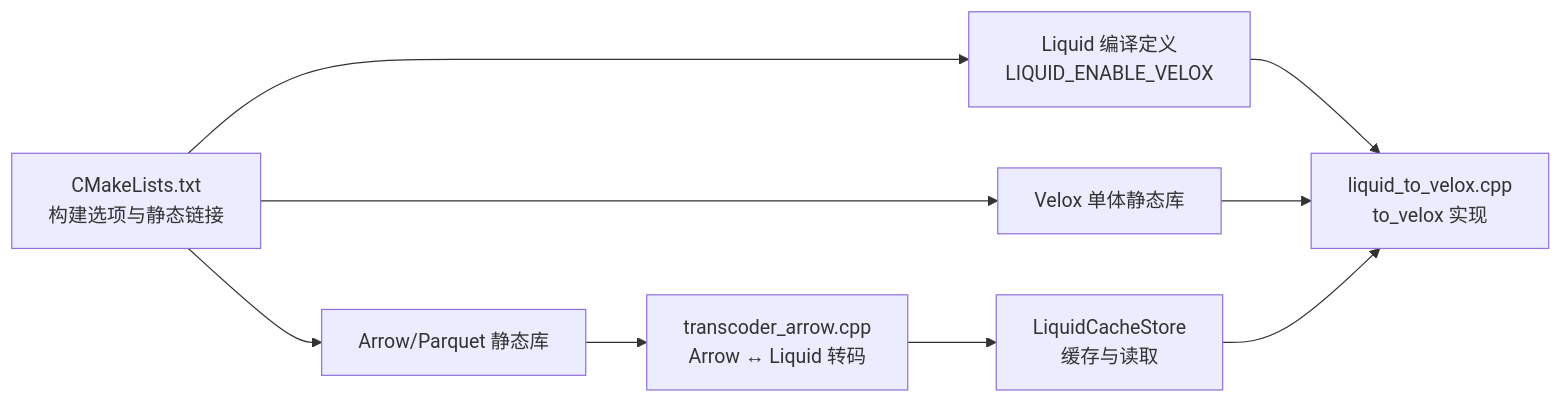
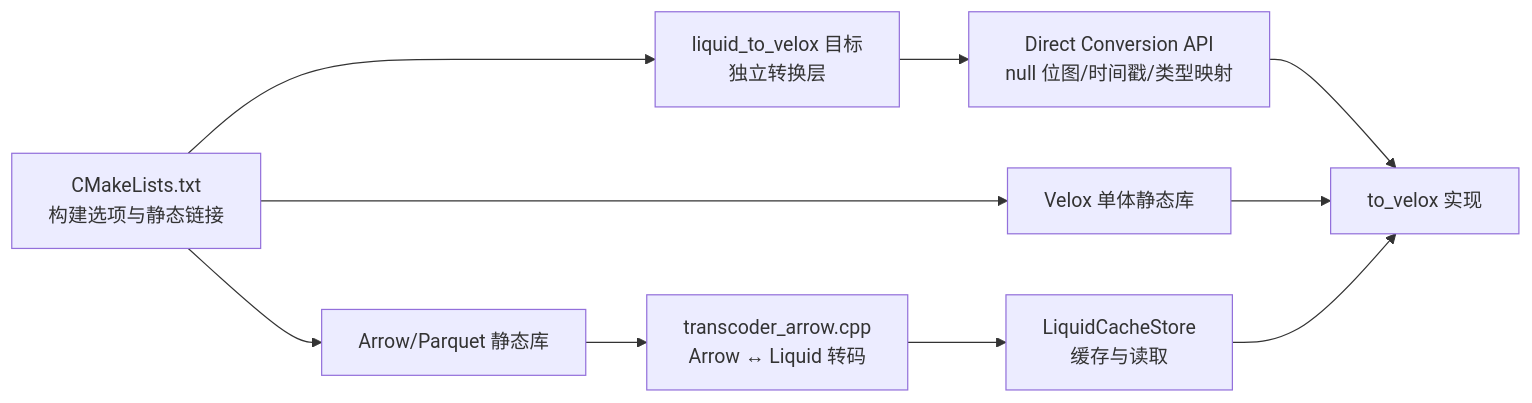
One commit to tenglei/liquidCacheVelox changed the ninth of 9 diagrams in .qoder/repowiki/zh/content/引擎集成/Velox 集成.md. Above: the diagram before and after it, drawn with Mermaid. The commit also changed other lines of this file and 8 other files, not shown here.

````diff
--- a/.qoder/repowiki/zh/content/引擎集成/Velox 集成.md
+++ b/.qoder/repowiki/zh/content/引擎集成/Velox 集成.md
@@ -287,11 +348,12 @@
 ```mermaid
 graph LR
 A["CMakeLists.txt<br/>构建选项与静态链接"] --> B["Arrow/Parquet 静态库"]
 A --> C["Velox 单体静态库"]
-A --> D["Liquid 编译定义<br/>LIQUID_ENABLE_VELOX"]
-D --> E["liquid_to_velox.cpp<br/>to_velox 实现"]
-B --> F["transcoder_arrow.cpp<br/>Arrow ↔ Liquid 转码"]
-C --> E
-F --> G["LiquidCacheStore<br/>缓存与读取"]
-G --> E
+A --> D["liquid_to_velox 目标<br/>独立转换层"]
+D --> E["Direct Conversion API<br/>null 位图/时间戳/类型映射"]
+E --> F["to_velox 实现"]
+B --> G["transcoder_arrow.cpp<br/>Arrow ↔ Liquid 转码"]
+C --> F
+G --> H["LiquidCacheStore<br/>缓存与读取"]
+H --> F
 ```
````
